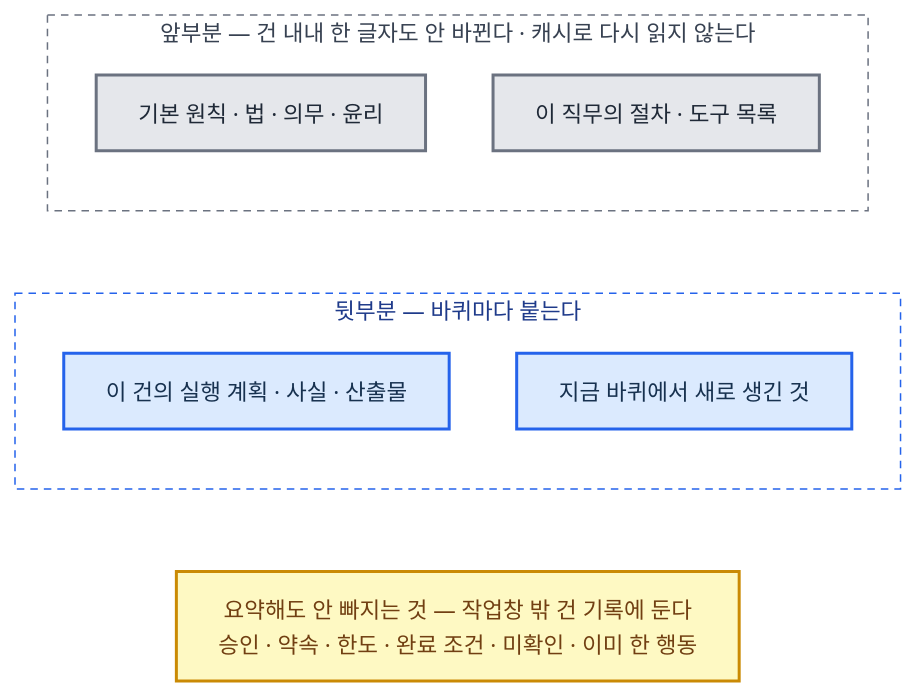
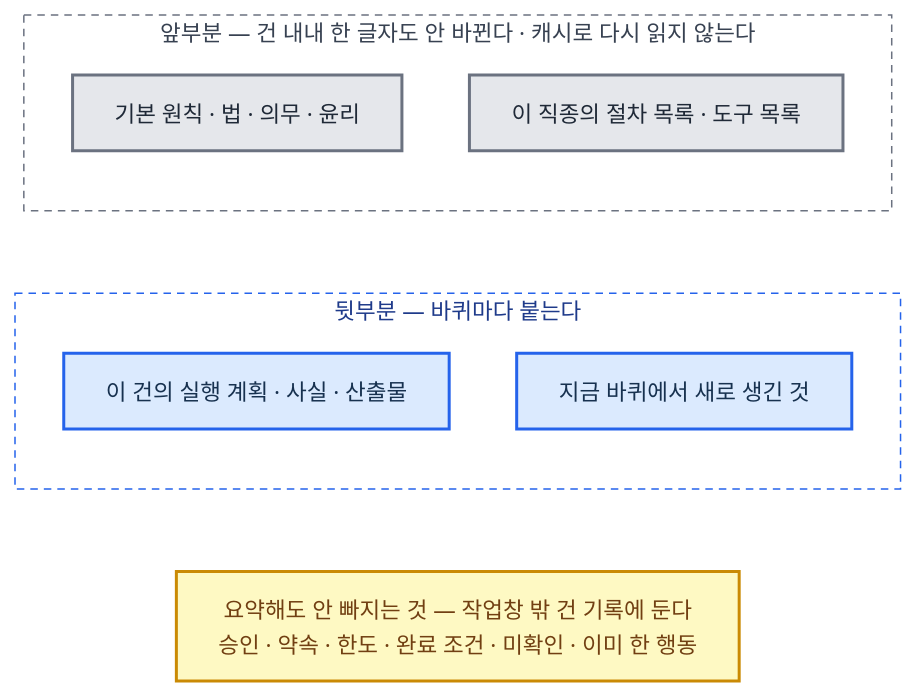
The third of 14 diagrams in 전문가 에이전트 정의 2.md (harisbaguette/expert), drawn with Mermaid before and after one commit. The commit also changed other lines of this file, not shown here.

````diff
--- a/전문가 에이전트 정의 2.md
+++ b/전문가 에이전트 정의 2.md
@@ -559,22 +559,22 @@
 ```mermaid
 %%{init: {"flowchart": {"wrappingWidth": 640, "curve": "basis", "nodeSpacing": 45, "rankSpacing": 55, "padding": 14, "useMaxWidth": true}, "themeVariables": {"fontSize": "15px"}} }%%
 flowchart TB
     subgraph FIX["앞부분 — 건 내내 한 글자도 안 바뀐다 · 캐시로 다시 읽지 않는다"]
         direction TB
         B1["기본 원칙 · 법 · 의무 · 윤리"]:::store
-        B2["이 직무의 절차 · 도구 목록"]:::store
+        B2["이 직종의 절차 목록 · 도구 목록"]:::store
     end
     subgraph VAR["뒷부분 — 바퀴마다 붙는다"]
         direction TB
         B3["이 건의 실행 계획 · 사실 · 산출물"]:::main
         B4["지금 바퀴에서 새로 생긴 것"]:::main
     end
     KEEP["요약해도 안 빠지는 것 — 작업창 밖 건 기록에 둔다<br/>승인 · 약속 · 한도 · 완료 조건 · 미확인 · 이미 한 행동"]:::note
     FIX ~~~ VAR
     VAR ~~~ KEEP
     classDef store fill:#e5e7eb,stroke:#6b7280,stroke-width:2px,color:#1f2937
     classDef main fill:#dbeafe,stroke:#2563eb,stroke-width:2px,color:#17314f
     classDef note fill:#fef9c3,stroke:#ca8a04,stroke-width:2px,color:#713f12
     style FIX fill:none,stroke:#6b7280,stroke-width:1px,stroke-dasharray:5 4,color:#374151
     style VAR fill:none,stroke:#2563eb,stroke-width:1px,stroke-dasharray:5 4,color:#1e3a8a
 ```
````
